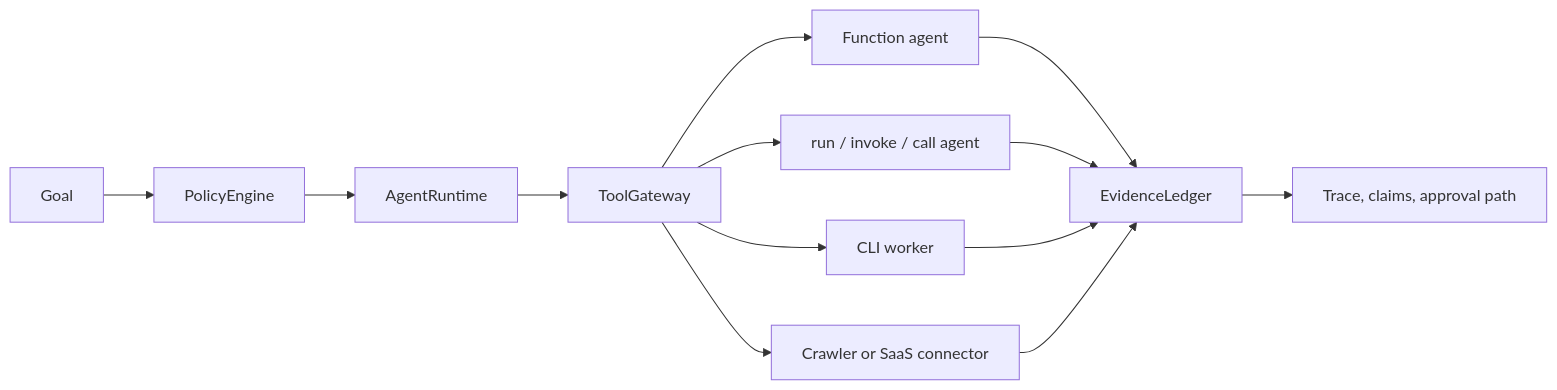
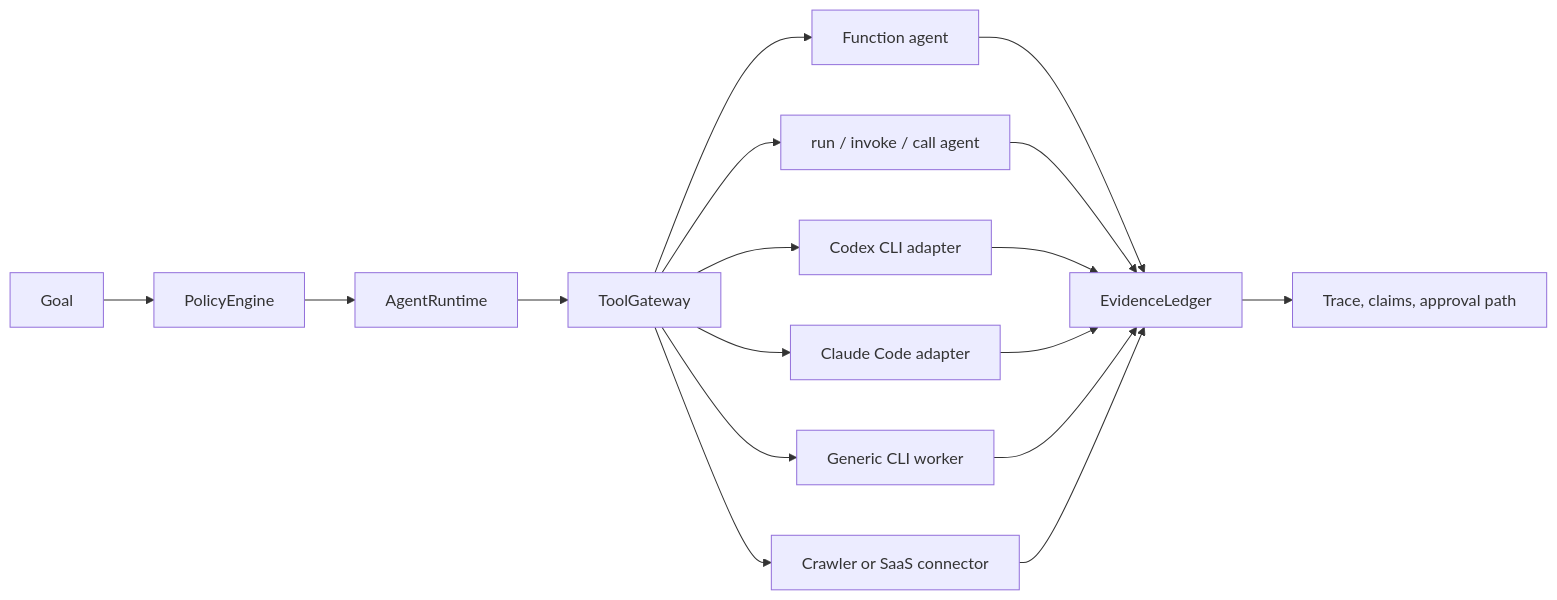
The diagram in README.md (AjnasNB/maqam), drawn with Mermaid before and after one commit. The commit also changed other lines of this file and 41 other files, not shown here.

````diff
--- a/README.md
+++ b/README.md
@@ -19,15 +25,19 @@
 ```mermaid
 flowchart LR
   Goal["Goal"] --> Policy["PolicyEngine"]
   Policy --> Runtime["AgentRuntime"]
   Runtime --> Gateway["ToolGateway"]
   Gateway --> FunctionAgent["Function agent"]
   Gateway --> ObjectAgent["run / invoke / call agent"]
-  Gateway --> CliWorker["CLI worker"]
+  Gateway --> Codex["Codex CLI adapter"]
+  Gateway --> Claude["Claude Code adapter"]
+  Gateway --> CliWorker["Generic CLI worker"]
   Gateway --> Connector["Crawler or SaaS connector"]
   FunctionAgent --> Evidence["EvidenceLedger"]
   ObjectAgent --> Evidence
+  Codex --> Evidence
+  Claude --> Evidence
   CliWorker --> Evidence
   Connector --> Evidence
   Evidence --> Review["Trace, claims, approval path"]
 ```
````
